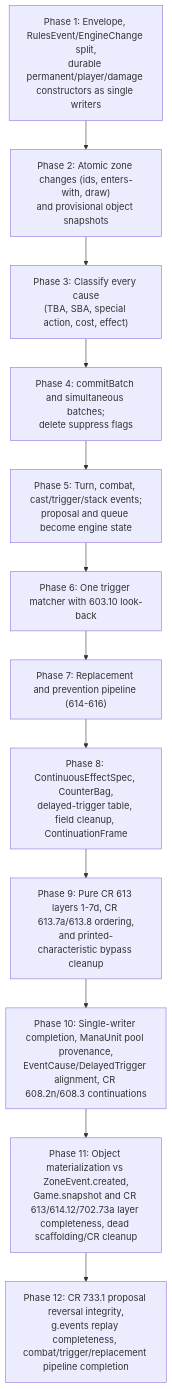
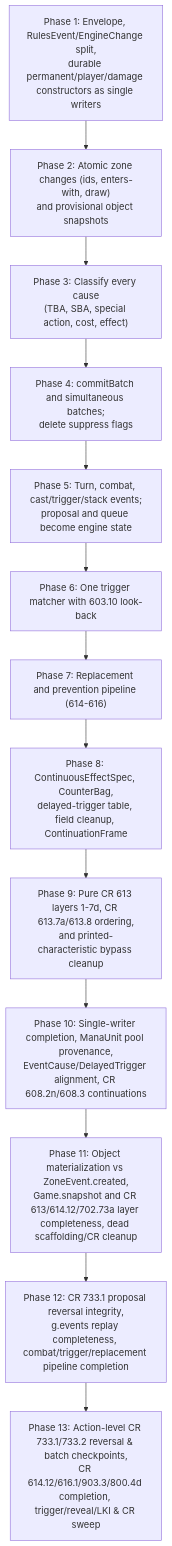
Before and after one commit to IharBury/mtg: the diagram in EVENT_ALIGNMENT_PLAN.md, drawn with Mermaid. The commit also changed other lines of this file, not shown here.

Commit message:
Update EVENT_ALIGNMENT_PLAN.md after Phase 12 (#592)

````diff
--- a/EVENT_ALIGNMENT_PLAN.md
+++ b/EVENT_ALIGNMENT_PLAN.md
@@ -1476,14 +1509,15 @@
 ```mermaid
 flowchart TD
   P1["Phase 1: Envelope, RulesEvent/EngineChange split,\ndurable permanent/player/damage constructors as single writers"] --> P2["Phase 2: Atomic zone changes (ids, enters-with, draw)\nand provisional object snapshots"]
   P2 --> P3["Phase 3: Classify every cause\n(TBA, SBA, special action, cost, effect)"]
   P3 --> P4["Phase 4: commitBatch and simultaneous batches;\ndelete suppress flags"]
   P4 --> P5["Phase 5: Turn, combat, cast/trigger/stack events;\nproposal and queue become engine state"]
   P5 --> P6["Phase 6: One trigger matcher with 603.10 look-back"]
   P6 --> P7["Phase 7: Replacement and prevention pipeline (614-616)"]
   P7 --> P8["Phase 8: ContinuousEffectSpec, CounterBag,\ndelayed-trigger table, field cleanup, ContinuationFrame"]
   P8 --> P9["Phase 9: Pure CR 613 layers 1-7d, CR 613.7a/613.8 ordering,\nand printed-characteristic bypass cleanup"]
   P9 --> P10["Phase 10: Single-writer completion, ManaUnit pool provenance,\nEventCause/DelayedTrigger alignment, CR 608.2n/608.3 continuations"]
   P10 --> P11["Phase 11: Object materialization vs ZoneEvent.created,\nGame.snapshot and CR 613/614.12/702.73a layer completeness, dead scaffolding/CR cleanup"]
   P11 --> P12["Phase 12: CR 733.1 proposal reversal integrity,\ng.events replay completeness, combat/trigger/replacement pipeline completion"]
+  P12 --> P13["Phase 13: Action-level CR 733.1/733.2 reversal & batch checkpoints,\nCR 614.12/616.1/903.3/800.4d completion, trigger/reveal/LKI & CR sweep"]
 ```
````
